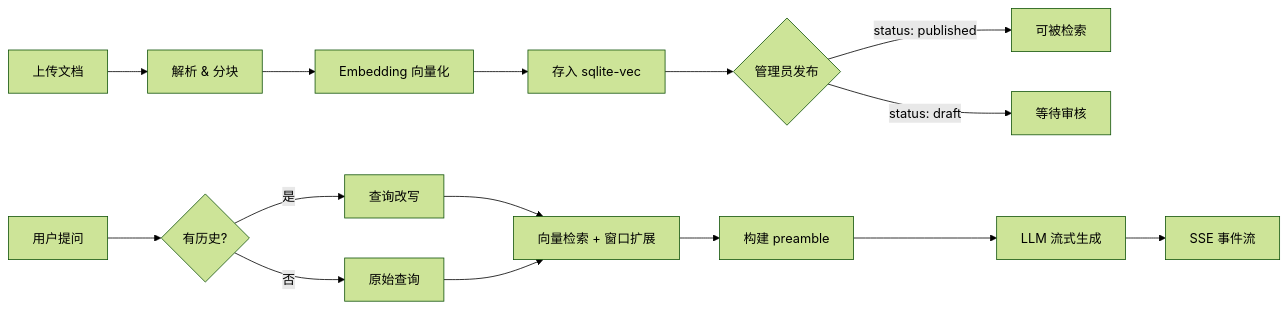
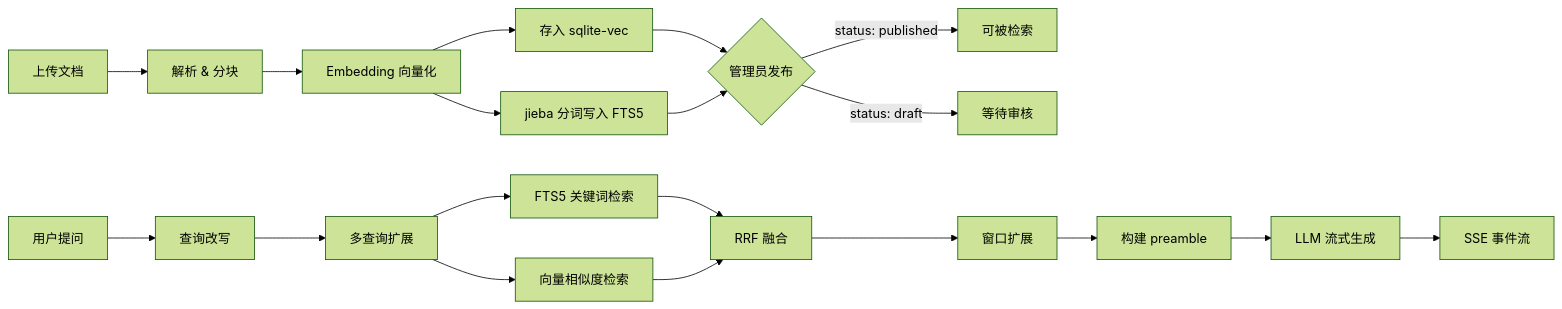
Before and after one commit to timzaak/rwiki: the diagram in docs-web/content/docs/zh/architecture.mdx, drawn with Mermaid (forest theme). The commit also changed other lines of this file and 3 other files, not shown here.

Commit message:
docs: update architecture docs for hybrid FTS5+vector search with RRF fusion and mark static_dir optional

````diff
--- a/docs-web/content/docs/zh/architecture.mdx
+++ b/docs-web/content/docs/zh/architecture.mdx
@@ -22,18 +22,22 @@
 ```mermaid
 flowchart LR
     A[上传文档] --> B[解析 & 分块]
     B --> C[Embedding 向量化]
     C --> D[存入 sqlite-vec]
-    D --> E{管理员发布}
-    E -->|status: published| F[可被检索]
-    E -->|status: draft| G[等待审核]
+    C --> E[jieba 分词写入 FTS5]
+    D --> F{管理员发布}
+    E --> F
+    F -->|status: published| G[可被检索]
+    F -->|status: draft| H[等待审核]
 
-    H[用户提问] --> I{有历史?}
-    I -->|是| J[查询改写]
-    I -->|否| K[原始查询]
-    J --> L[向量检索 + 窗口扩展]
-    K --> L
-    L --> M[构建 preamble]
-    M --> N[LLM 流式生成]
-    N --> O[SSE 事件流]
+    I[用户提问] --> J[查询改写]
+    J --> K[多查询扩展]
+    K --> L1[FTS5 关键词检索]
+    K --> L2[向量相似度检索]
+    L1 --> M[RRF 融合]
+    L2 --> M
+    M --> N[窗口扩展]
+    N --> O[构建 preamble]
+    O --> P[LLM 流式生成]
+    P --> Q[SSE 事件流]
 ```
````
